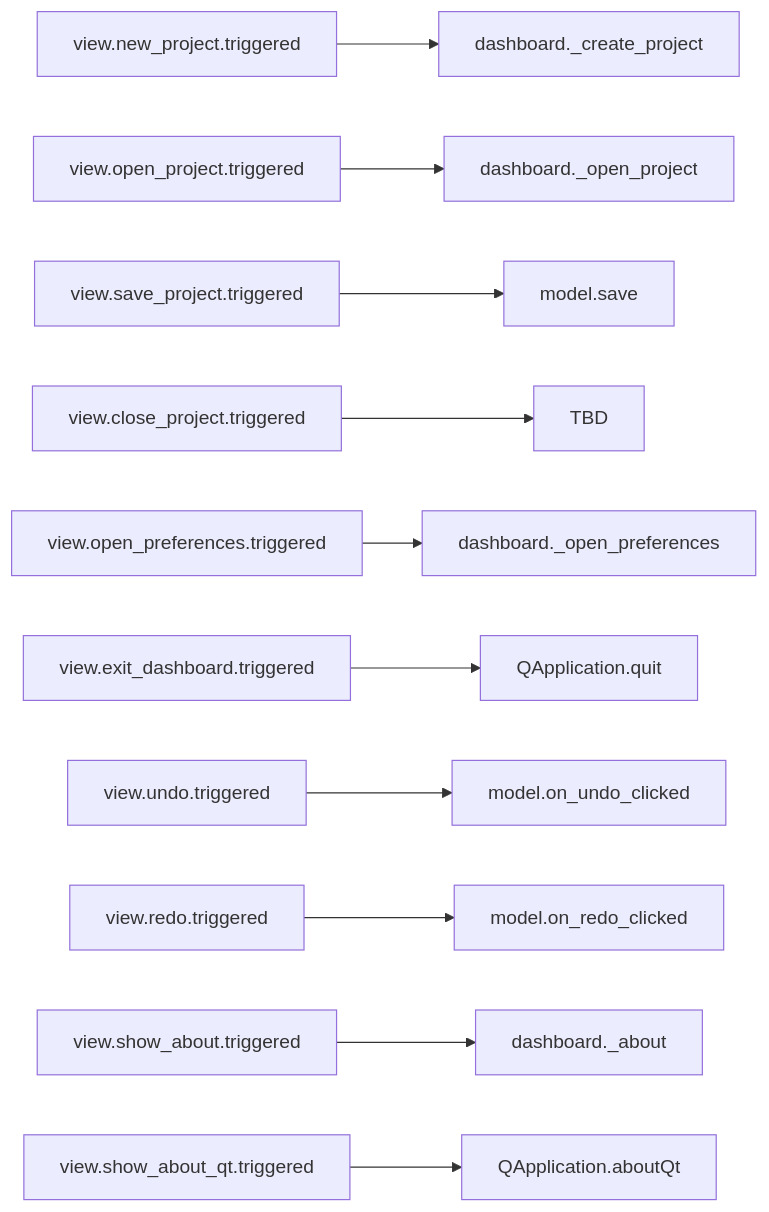
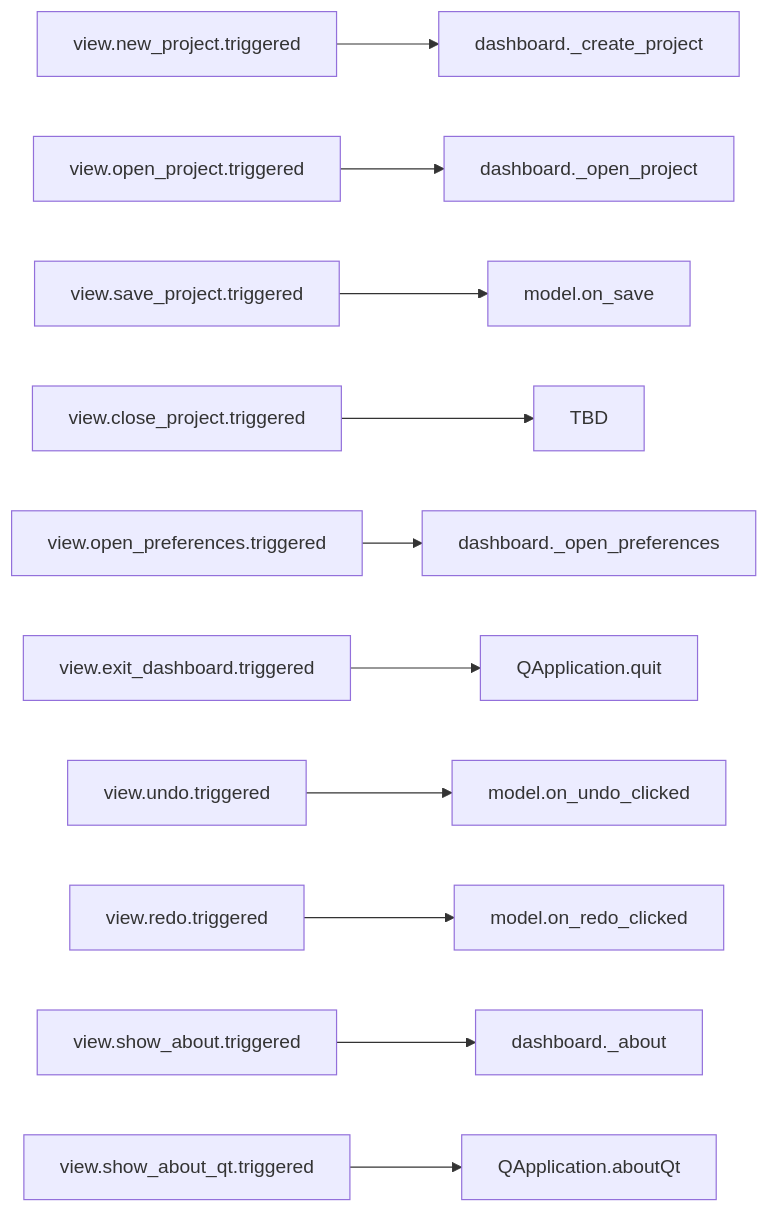
One commit to com-posers-pit/smw_music changed the second of 9 diagrams in doc/source/dashboard_signal_slot_map.rst. Above: the diagram before and after it, drawn with Mermaid. The commit also changed 2 other files, not shown here.

Commit message:
Enable project loading
Now playing:
Golden Gate by The Midnight

```diff
--- a/doc/source/dashboard_signal_slot_map.rst
+++ b/doc/source/dashboard_signal_slot_map.rst
@@ -31,13 +31,13 @@
 .. mermaid::
 
    flowchart LR
       view.new_project.triggered --> dashboard._create_project
       view.open_project.triggered --> dashboard._open_project
-      view.save_project.triggered --> model.save
+      view.save_project.triggered --> model.on_save
       view.close_project.triggered --> TBD
       view.open_preferences.triggered --> dashboard._open_preferences
       view.exit_dashboard.triggered --> QApplication.quit
       view.undo.triggered --> model.on_undo_clicked
       view.redo.triggered --> model.on_redo_clicked
       view.show_about.triggered --> dashboard._about
       view.show_about_qt.triggered --> QApplication.aboutQt
```
